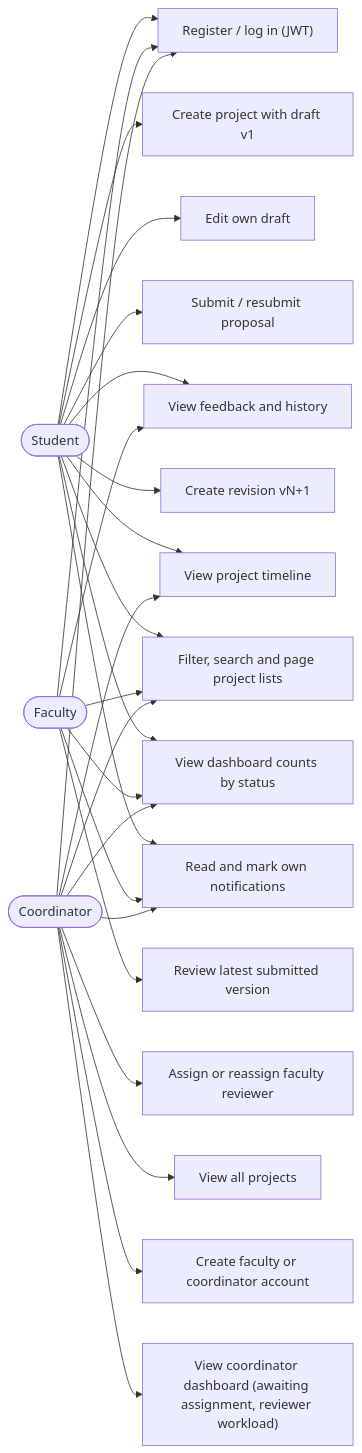
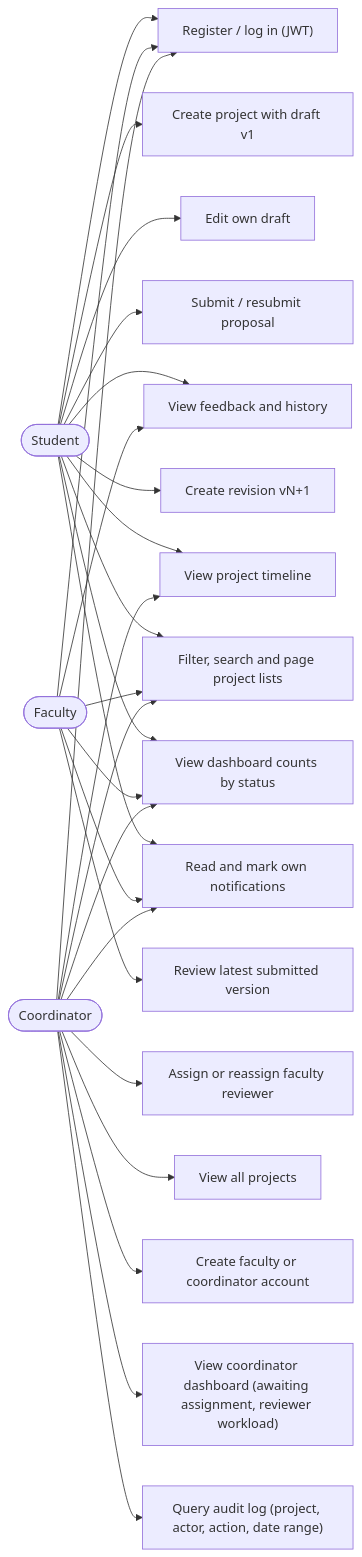
The first of 11 diagrams in docs/diagrams.md (udita-0707/Prastaav), drawn with Mermaid before and after one commit. The commit also changed other lines of this file and 5 other files, not shown here.

Commit message:
docs(audit): audit log requirement, API contract, indexes and diagrams

````diff
--- a/docs/diagrams.md
+++ b/docs/diagrams.md
@@ -9,24 +9,25 @@
 ```mermaid
 flowchart LR
   Student([Student])
   Faculty([Faculty])
   Coordinator([Coordinator])
   UC1["Register / log in (JWT)"]
   UC2["Create project with draft v1"]
   UC3["Edit own draft"]
   UC4["Submit / resubmit proposal"]
   UC5["View feedback and history"]
   UC6["Create revision vN+1"]
   UC7["Assign or reassign faculty reviewer"]
   UC8["Review latest submitted version"]
   UC9["View project timeline"]
   UC10["View all projects"]
   UC11["Filter, search and page project lists"]
   UC12["View dashboard counts by status"]
   UC13["Create faculty or coordinator account"]
   UC14["Read and mark own notifications"]
   UC15["View coordinator dashboard (awaiting assignment, reviewer workload)"]
+  UC16["Query audit log (project, actor, action, date range)"]
   Student --> UC1 & UC2 & UC3 & UC4 & UC5 & UC6 & UC9 & UC11 & UC12 & UC14
   Faculty --> UC1 & UC8 & UC5 & UC11 & UC12 & UC14
-  Coordinator --> UC1 & UC7 & UC10 & UC9 & UC11 & UC12 & UC13 & UC14 & UC15
+  Coordinator --> UC1 & UC7 & UC10 & UC9 & UC11 & UC12 & UC13 & UC14 & UC15 & UC16
 ```
````
